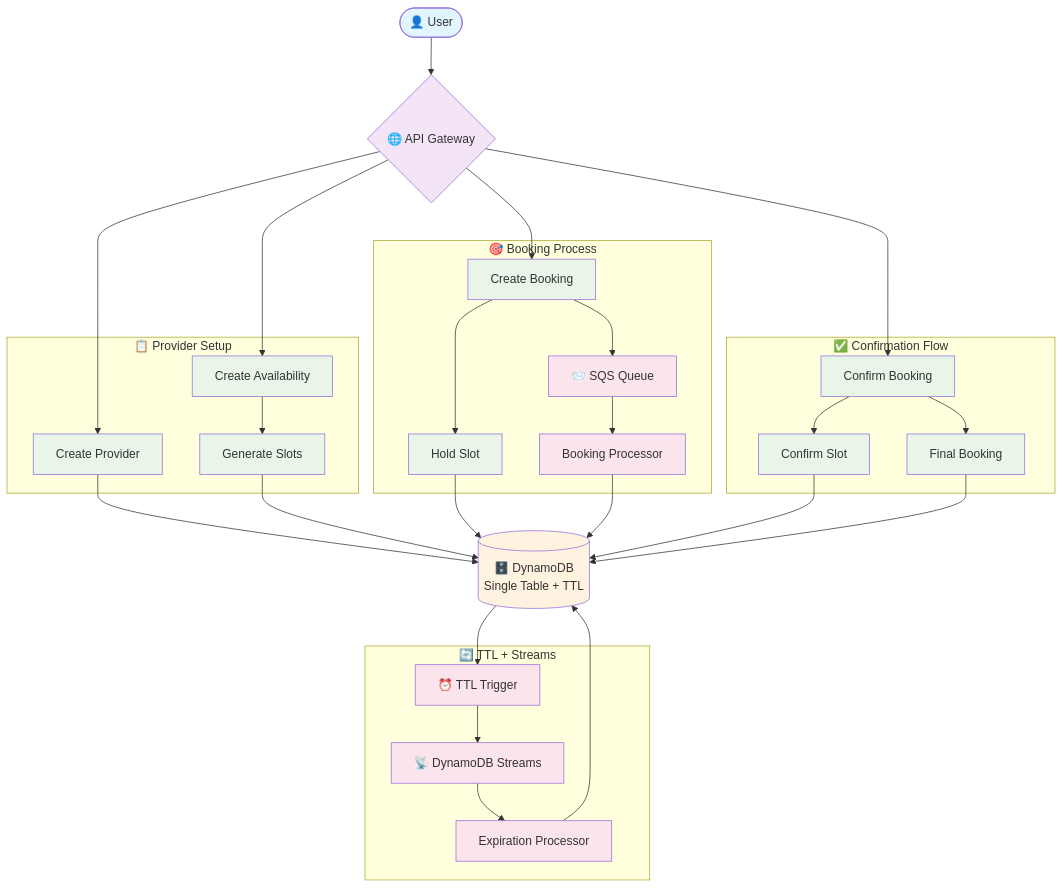
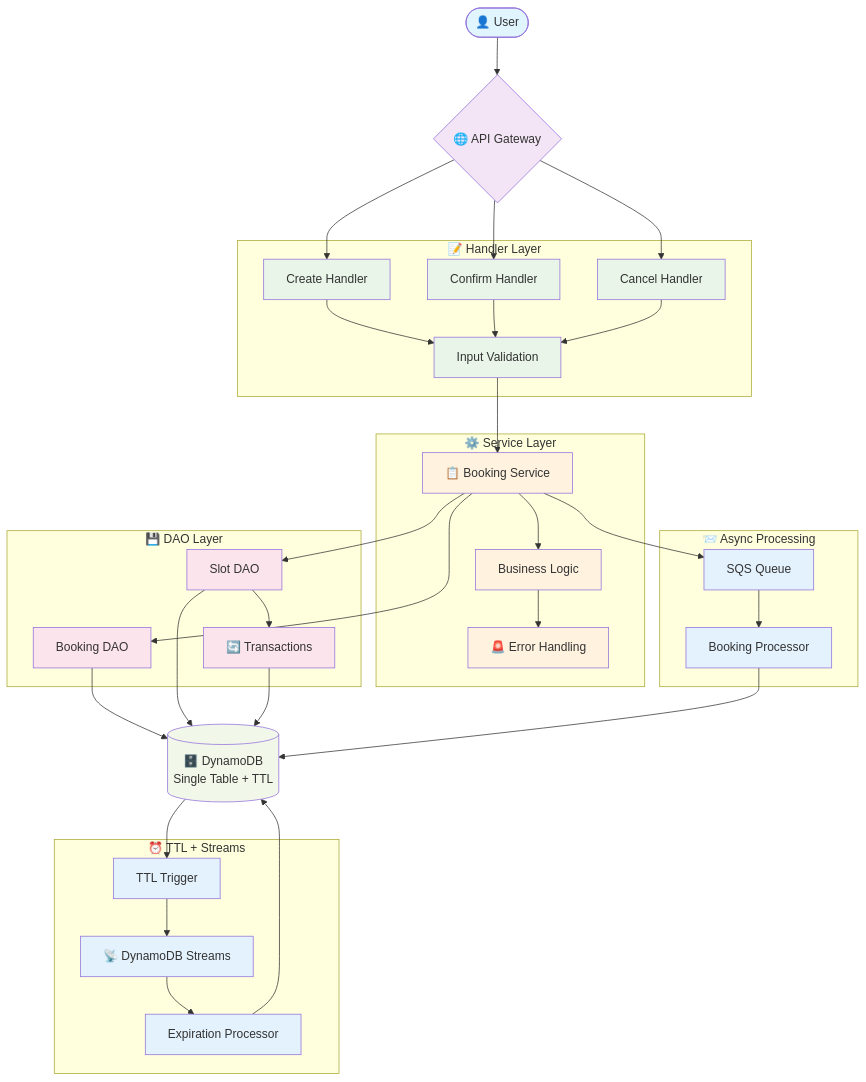
Before and after one commit to SrideviMR/AppointmentBooking: the first of 7 diagrams in visual-flow-diagram.md, drawn with Mermaid. The commit also changed other lines of this file and 424 other files, not shown here.

Commit message:
added service layer

````diff
--- a/visual-flow-diagram.md
+++ b/visual-flow-diagram.md
@@ -10,28 +14,37 @@
     %% API Layer
     API{🌐 API Gateway}
     
-    %% Core Flows
-    subgraph "📋 Provider Setup"
-        CP[Create Provider]
-        CA[Create Availability] 
-        GS[Generate Slots]
+    %% Handler Layer
+    subgraph "📝 Handler Layer"
+        CH[Create Handler]
+        CNH[Confirm Handler] 
+        CAH[Cancel Handler]
+        VAL[Input Validation]
     end
     
-    subgraph "🎯 Booking Process"
-        CB[Create Booking]
-        HS[Hold Slot]
-        SQ[📨 SQS Queue]
+    %% Service Layer
+    subgraph "⚙️ Service Layer"
+        BS[📋 Booking Service]
+        ERR[🚨 Error Handling]
+        BL[Business Logic]
+    end
+    
+    %% DAO Layer
+    subgraph "💾 DAO Layer"
+        BD[Booking DAO]
+        SD[Slot DAO]
+        TRANS[🔄 Transactions]
+    end
+    
+    %% Queue & Processing
+    subgraph "📨 Async Processing"
+        SQ[SQS Queue]
         BP[Booking Processor]
     end
     
-    subgraph "✅ Confirmation Flow"
-        CF[Confirm Booking]
-        CS[Confirm Slot]
-        FB[Final Booking]
-    end
-    
-    subgraph "🔄 TTL + Streams"
-        TTL[⏰ TTL Trigger]
+    %% TTL & Streams
+    subgraph "⏰ TTL + Streams"
+        TTL[TTL Trigger]
         STREAM[📡 DynamoDB Streams]
         EP[Expiration Processor]
     end
@@ -41,37 +54,49 @@
     
     %% Flow Connections
     User --> API
+    API --> CH
+    API --> CNH
+    API --> CAH
     
-    %% Provider Setup Flow
-    API --> CP --> DB
-    API --> CA --> GS --> DB
+    CH --> VAL
+    CNH --> VAL
+    CAH --> VAL
     
-    %% Booking Flow
-    API --> CB
-    CB --> HS --> DB
-    CB --> SQ
-    SQ --> BP --> DB
+    VAL --> BS
+    BS --> BL
+    BL --> ERR
     
-    %% Confirmation Flow
-    API --> CF
-    CF --> CS --> DB
-    CF --> FB --> DB
+    BS --> BD
+    BS --> SD
+    SD --> TRANS
     
-    %% TTL + Streams Processing
+    BD --> DB
+    SD --> DB
+    TRANS --> DB
+    
+    BS --> SQ
+    SQ --> BP
+    BP --> DB
+    
     DB --> TTL
     TTL --> STREAM
-    STREAM --> EP --> DB
+    STREAM --> EP
+    EP --> DB
     
     %% Styling
     classDef userClass fill:#e1f5fe
     classDef apiClass fill:#f3e5f5
-    classDef processClass fill:#e8f5e8
-    classDef dbClass fill:#fff3e0
-    classDef workerClass fill:#fce4ec
+    classDef handlerClass fill:#e8f5e8
+    classDef serviceClass fill:#fff3e0
+    classDef daoClass fill:#fce4ec
+    classDef dbClass fill:#f1f8e9
+    classDef workerClass fill:#e3f2fd
     
     class User userClass
     class API apiClass
-    class CP,CA,GS,CB,HS,CF,CS,FB processClass
+    class CH,CNH,CAH,VAL handlerClass
+    class BS,ERR,BL serviceClass
+    class BD,SD,TRANS daoClass
     class DB dbClass
     class SQ,BP,TTL,STREAM,EP workerClass
 ```
````
